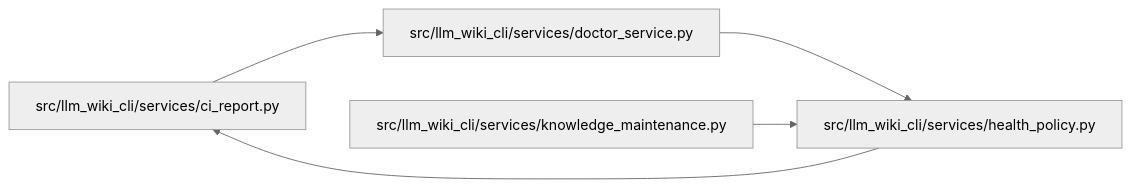
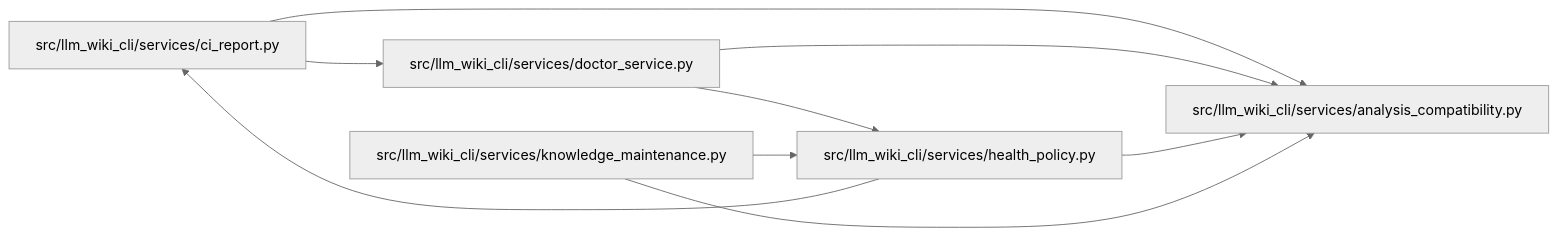
The diagram in docs/llm_wiki/modules/health_policy.md (Denissvgn/python-wiki-llm), drawn with Mermaid (neutral theme) before and after one commit. The commit also changed other lines of this file and 391 other files, not shown here.

Commit message:
docs(wiki): record independent analysis compatibility metadata

````diff
--- a/docs/llm_wiki/modules/health_policy.md
+++ b/docs/llm_wiki/modules/health_policy.md
@@ -26,15 +29,21 @@
 ```mermaid
 flowchart LR
-    n0["src/llm_wiki_cli/services/ci_report.py"]
-    n1["src/llm_wiki_cli/services/doctor_service.py"]
-    n2["src/llm_wiki_cli/services/health_policy.py"]
-    n3["src/llm_wiki_cli/services/knowledge_maintenance.py"]
-    n0 --> n1
+    n0["src/llm_wiki_cli/services/analysis_compatibility.py"]
+    n1["src/llm_wiki_cli/services/ci_report.py"]
+    n2["src/llm_wiki_cli/services/doctor_service.py"]
+    n3["src/llm_wiki_cli/services/health_policy.py"]
+    n4["src/llm_wiki_cli/services/knowledge_maintenance.py"]
+    n1 --> n0
     n1 --> n2
     n2 --> n0
-    n3 --> n2
-    click n0 "../modules/ci_report.md"
-    click n1 "../modules/doctor_service.md"
-    click n2 "../modules/health_policy.md"
-    click n3 "../modules/knowledge_maintenance.md"
+    n2 --> n3
+    n3 --> n0
+    n3 --> n1
+    n4 --> n0
+    n4 --> n3
+    click n0 "../modules/analysis_compatibility.md"
+    click n1 "../modules/ci_report.md"
+    click n2 "../modules/doctor_service.md"
+    click n3 "../modules/health_policy.md"
+    click n4 "../modules/knowledge_maintenance.md"
 ```
````
